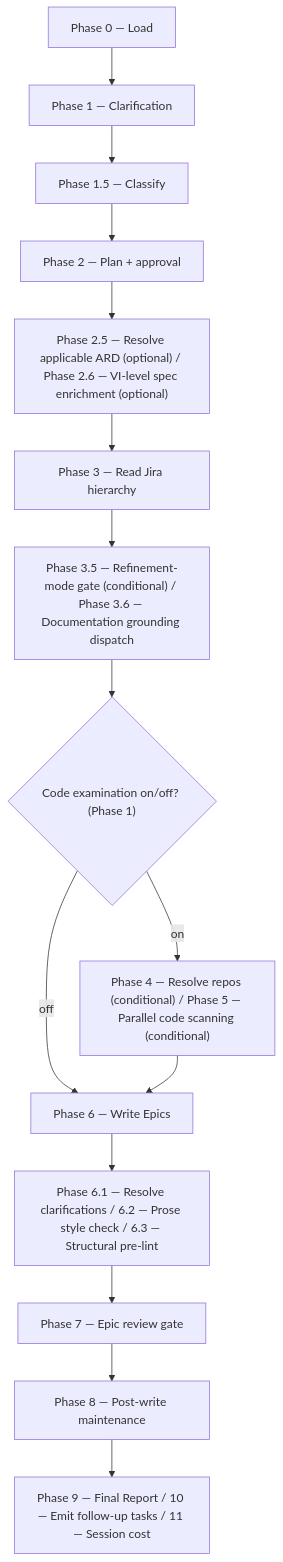
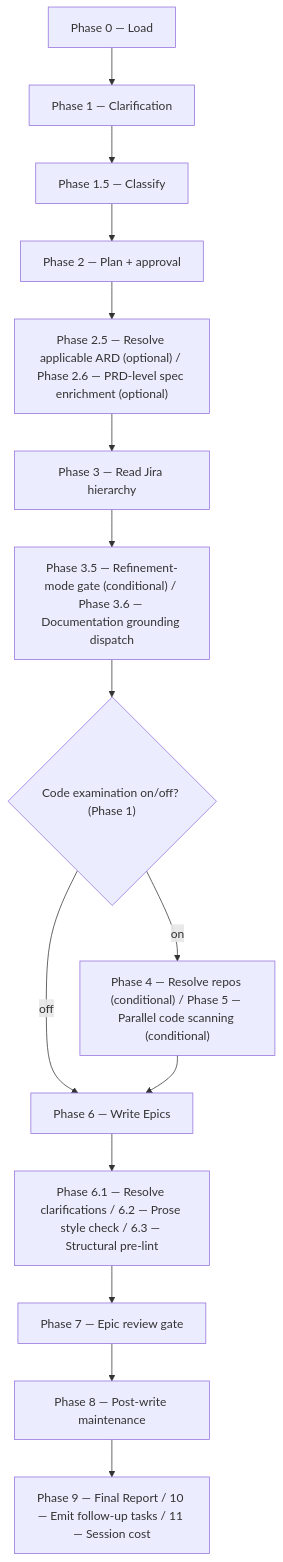
One commit to ihudak/ihudak-claude-plugins changed the diagram in plugins/dev-workflows/docs/commands/epics.md. Above: the diagram before and after it, drawn with Mermaid. The commit also changed other lines of this file and 102 other files, not shown here.

````diff
--- a/plugins/dev-workflows/docs/commands/epics.md
+++ b/plugins/dev-workflows/docs/commands/epics.md
@@ -21,17 +21,17 @@
 ```mermaid
 flowchart TD
     p0["Phase 0 — Load"] --> p1["Phase 1 — Clarification"]
     p1 --> p15["Phase 1.5 — Classify"]
     p15 --> p2["Phase 2 — Plan + approval"]
-    p2 --> p2526["Phase 2.5 — Resolve applicable ARD (optional) / Phase 2.6 — VI-level spec enrichment (optional)"]
+    p2 --> p2526["Phase 2.5 — Resolve applicable ARD (optional) / Phase 2.6 — PRD-level spec enrichment (optional)"]
     p2526 --> p3["Phase 3 — Read Jira hierarchy"]
     p3 --> p3536["Phase 3.5 — Refinement-mode gate (conditional) / Phase 3.6 — Documentation grounding dispatch"]
     p3536 --> d1{"Code examination on/off? (Phase 1)"}
     d1 -- "on" --> p45["Phase 4 — Resolve repos (conditional) / Phase 5 — Parallel code scanning (conditional)"]
     d1 -- "off" --> p6["Phase 6 — Write Epics"]
     p45 --> p6
     p6 --> p616263["Phase 6.1 — Resolve clarifications / 6.2 — Prose style check / 6.3 — Structural pre-lint"]
     p616263 --> p7["Phase 7 — Epic review gate"]
     p7 --> p8["Phase 8 — Post-write maintenance"]
     p8 --> p91011["Phase 9 — Final Report / 10 — Emit follow-up tasks / 11 — Session cost"]
 ```
````
